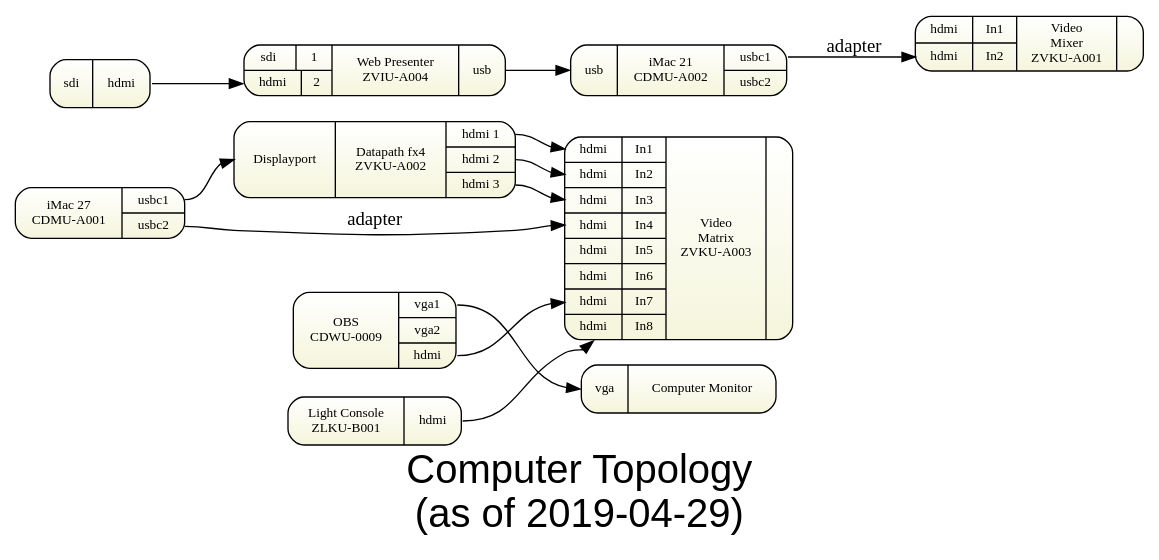
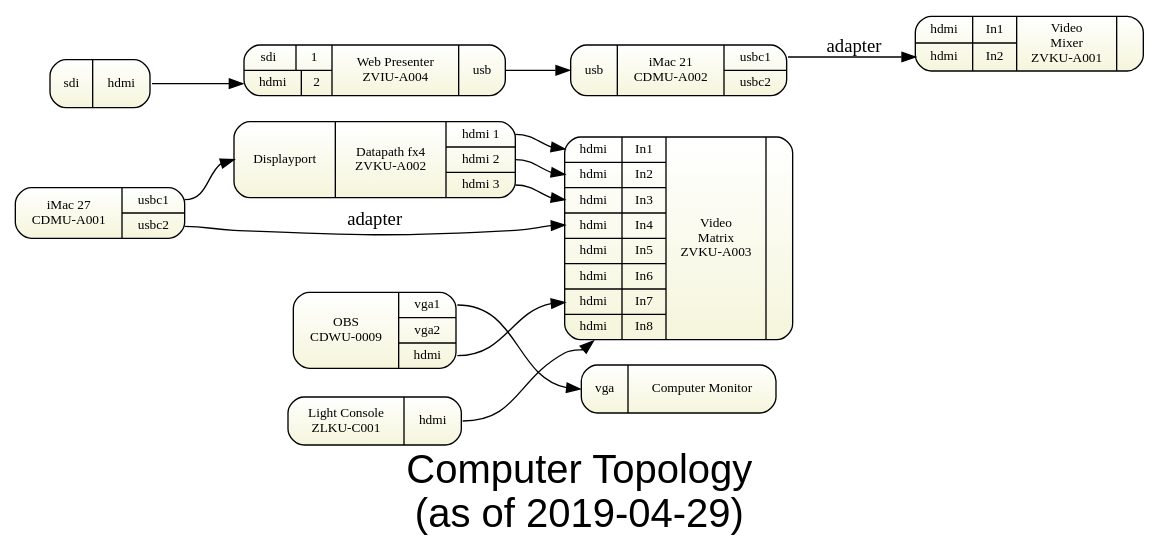
Before and after one commit to avmaint/uactechdoc: the diagram in sdv-topology1-computer.gv, drawn with Graphviz. The commit also changed 9 other files, not shown here.

```diff
--- a/sdv-topology1-computer.gv
+++ b/sdv-topology1-computer.gv
@@ -1,48 +1,48 @@
 digraph topology1 { 
 graph [overlap = true, fontsize = 30, rankdir=LR 
       label="Computer Topology\n(as of 2019-04-29)",
       fontname = Helvetica]
 
 node [shape=Mrecord, tooltip="" , fontsize = 10, 
       fillcolor="white:beige" , style=filled  
       gradientangle=270]
       
 vmatrix [label="{
   {{<i1>hdmi|In1}|{<i2>hdmi|In2}|{<i3>hdmi|In3}|{<i4>hdmi|In4}|{<i5>hdmi|In5}|{<i6>hdmi|In6}|{<i7>hdmi|In7}|{<i8>hdmi|In8}}
   |{Video\nMatrix\nZVKU-A003}|
   {  } }"]
   
 rswitch [label="{
   {{<i1>hdmi|In1}|{<i2>hdmi|In2} }
   |{Video\nMixer\nZVKU-A001}|
     }"]  
     
 cdwu0009 [label="{{OBS\nCDWU-0009}|{<vga1>vga1|<vga2>vga2|<hdmi>hdmi}}"]
 cdmua001 [label="{{iMac 27\nCDMU-A001}|{<usbc1>usbc1|<usbc2>usbc2}}"]
 cdmua002 [label="{{<usbin>usb}|{iMac 21\nCDMU-A002}|{<usbc1>usbc1|<usbc2>usbc2}}"]
 
 wp [label="{{ {<i1>sdi&nbsp; |1 }|{<i2>hdmi|2} }|{Web Presenter \n ZVIU-A004}|{<usb>usb}}"]
 
 s2h [label="{<i>sdi|<o>hdmi}"]
 
 s2h:o -> wp:i2
 
 fx4 [label="{{<dp>Displayport}|{Datapath fx4\nZVKU-A002}|{<o1>hdmi 1|<o2>hdmi 2|<o3>hdmi 3}}"]
-zlkub001 [label="{{Light Console\nZLKU-B001}|{<hdmi>hdmi }}"]
+zlkub001 [label="{{Light Console\nZLKU-C001}|{<hdmi>hdmi }}"]
 
 cdmua001:usbc1 -> fx4:dp  
 cdwu0009:vga1  -> b1monitor:i 
 
 b1monitor [label="{<i>vga|Computer Monitor}"] 
 
 fx4:o1         -> vmatrix:i1
 fx4:o2         -> vmatrix:i2
 fx4:o3         -> vmatrix:i3
 cdmua001:usbc2 -> vmatrix:i4 [label="adapter"]
 # Inputs 5 and 6 are from the video mixer
 cdwu0009:hdmi  -> vmatrix:i7
 zlkub001:hdmi  -> vmatrix:i8
 
 wp -> cdmua002:usbin 
 cdmua002:usbc1 -> rswitch:i2 [ label="adapter" ] 
 } 
```
